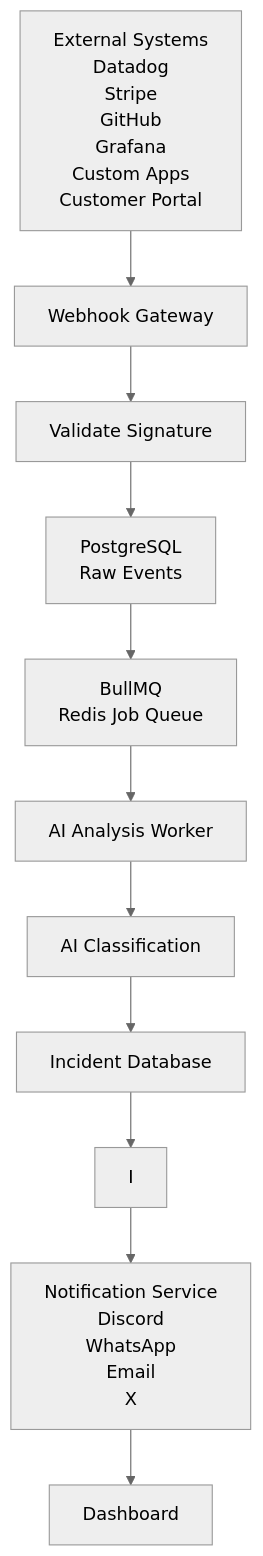
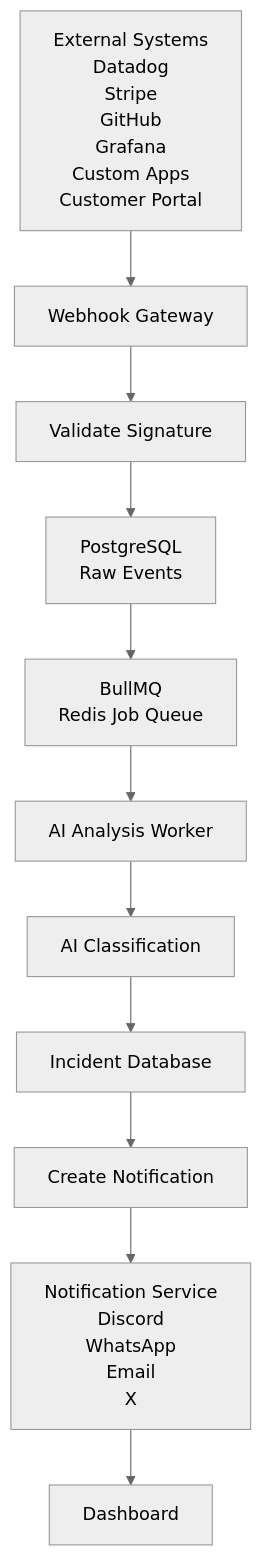
One commit to Abdullah-Builds/AI-Incident-Response-Alert-Router changed the diagram in README.md. Above: the diagram before and after it, drawn with Mermaid (neutral theme).

Commit message:
Update notification flow in README diagram

````diff
--- a/README.md
+++ b/README.md
@@ -50,13 +50,13 @@
 ```mermaid
 flowchart TD
     A[External Systems<br/>Datadog<br/>Stripe<br/>GitHub<br/>Grafana<br/>Custom Apps<br/>Customer Portal] --> B[Webhook Gateway]
     B --> C[Validate Signature]
     C --> D[PostgreSQL<br/>Raw Events]
     D --> E[BullMQ<br/>Redis Job Queue]
     E --> F[AI Analysis Worker]
     F --> G[AI Classification]
     G --> H[Incident Database]
-    H --> I
+    H --> I[Create Notification]
     I --> J[Notification Service<br/>Discord<br/>WhatsApp<br/>Email<br/>X]
     J --> K[Dashboard]
 ```
````
